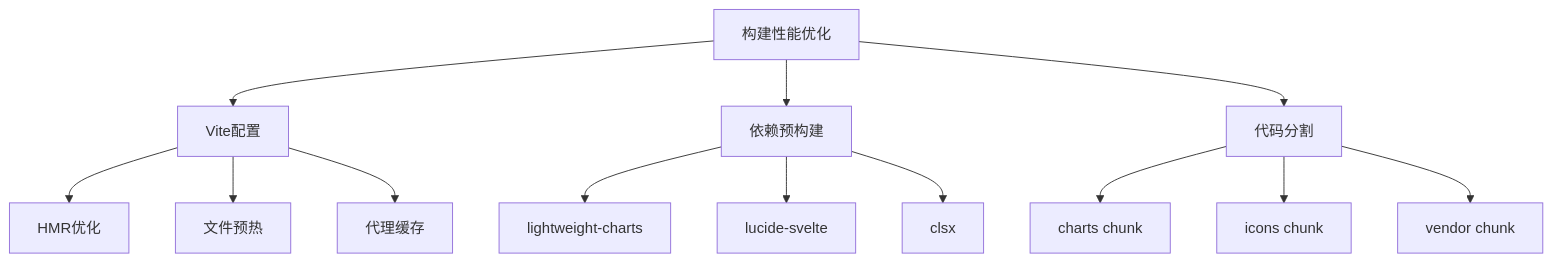
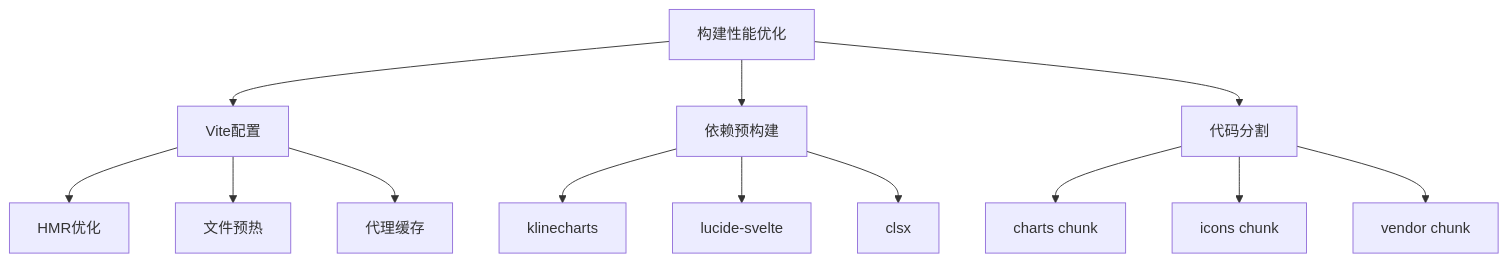
The seventh of 10 diagrams in doc/前端架构/构建流程与工具链/依赖管理与脚本命令.md (yjydmlh/turtle), drawn with Mermaid before and after one commit. The commit also changed other lines of this file and 9 other files, not shown here.

````diff
--- a/doc/前端架构/构建流程与工具链/依赖管理与脚本命令.md
+++ b/doc/前端架构/构建流程与工具链/依赖管理与脚本命令.md
@@ -246,15 +246,15 @@
 ```mermaid
 graph TD
 A[构建性能优化] --> B[Vite配置]
 A --> C[依赖预构建]
 A --> D[代码分割]
 B --> B1[HMR优化]
 B --> B2[文件预热]
 B --> B3[代理缓存]
-C --> C1[lightweight-charts]
+C --> C1[klinecharts]
 C --> C2[lucide-svelte]
 C --> C3[clsx]
 D --> D1[charts chunk]
 D --> D2[icons chunk]
 D --> D3[vendor chunk]
 ```
````
